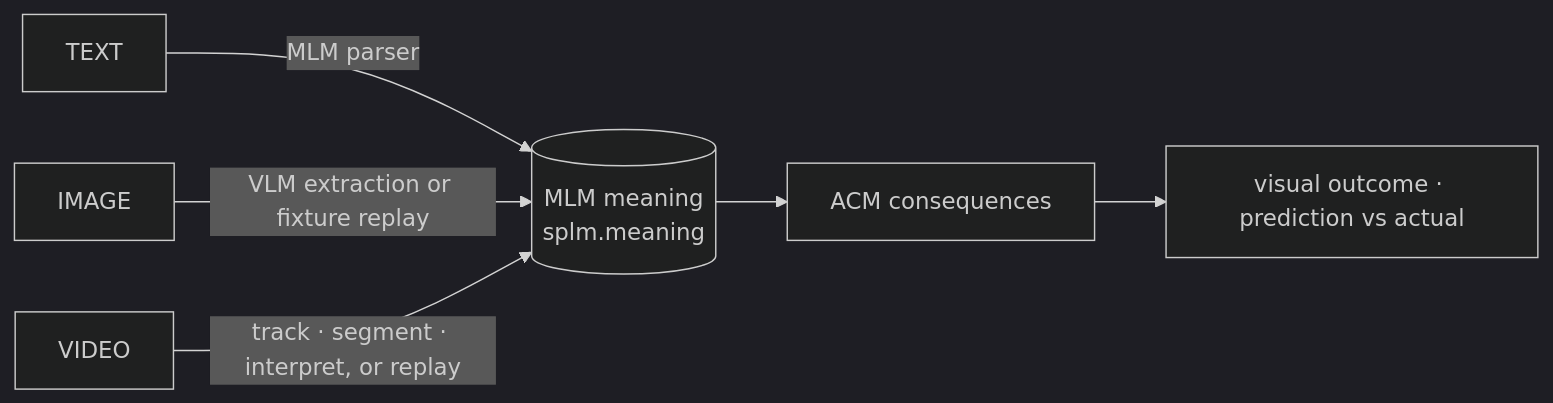
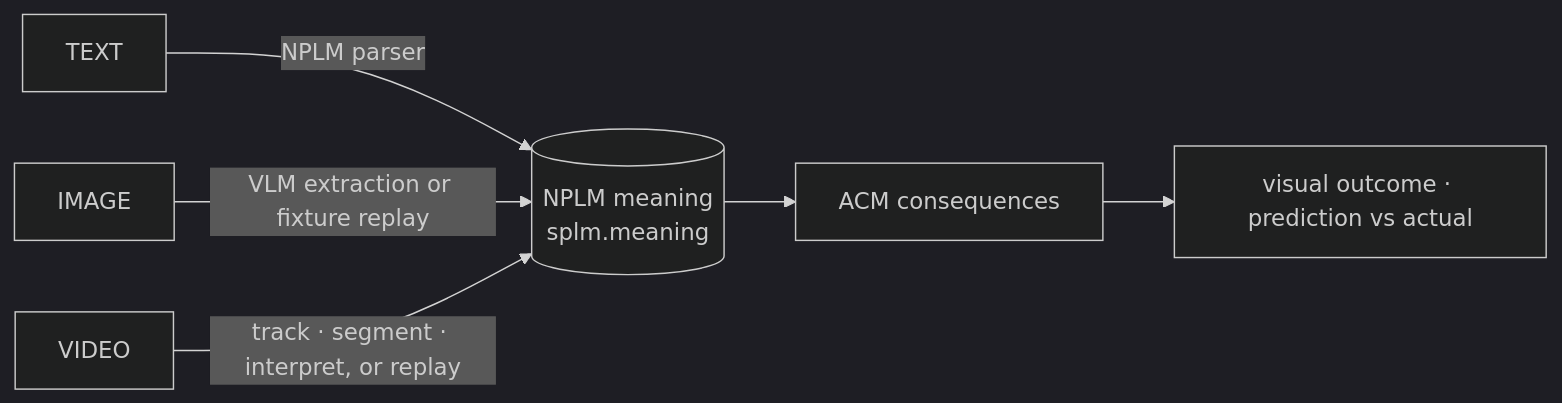
One commit to Sherlock2019/NPLM-Next-Phrase-language-model- changed the third of 3 diagrams in README.md. Above: the diagram before and after it, drawn with Mermaid (dark theme). The commit also changed other lines of this file and 11 other files, not shown here.

````diff
--- a/README.md
+++ b/README.md
@@ -452,7 +476,7 @@
 ```mermaid
 flowchart LR
-  T[TEXT] -->|MLM parser| M
+  T[TEXT] -->|NPLM parser| M
   I[IMAGE] -->|VLM extraction or fixture replay| M
   V[VIDEO] -->|track · segment · interpret, or replay| M
-  M[(MLM meaning<br/>splm.meaning)] --> A[ACM consequences] --> R[visual outcome · prediction vs actual]
+  M[(NPLM meaning<br/>splm.meaning)] --> A[ACM consequences] --> R[visual outcome · prediction vs actual]
 ```
````
